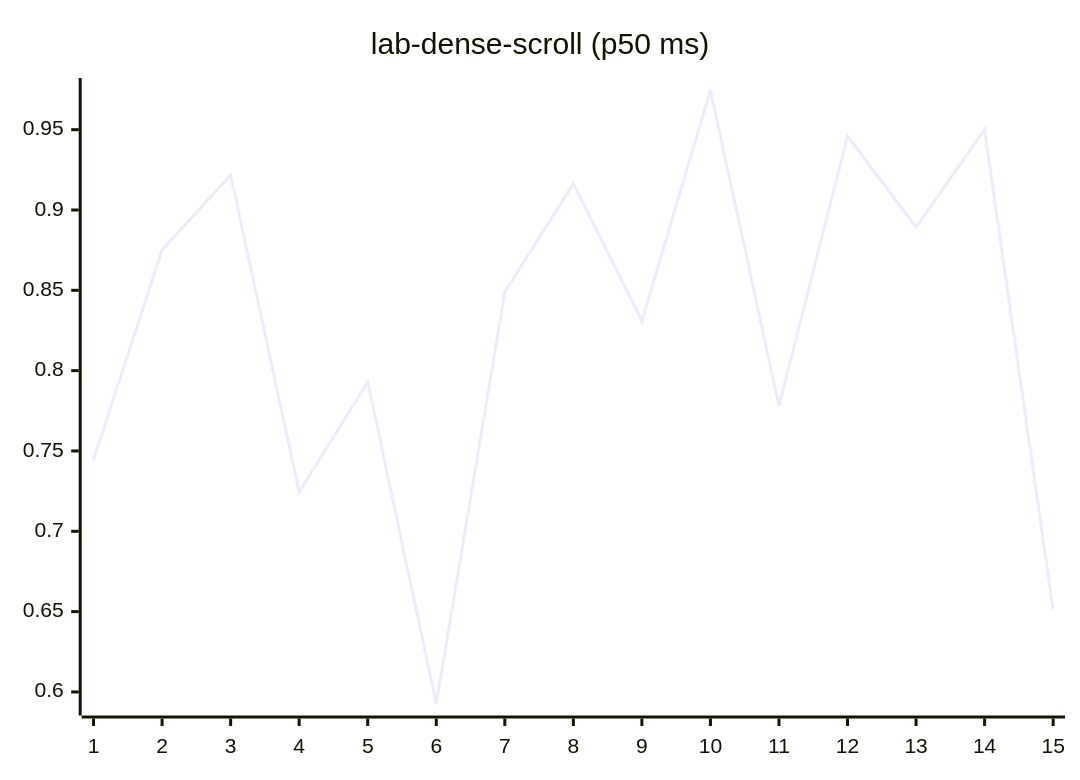
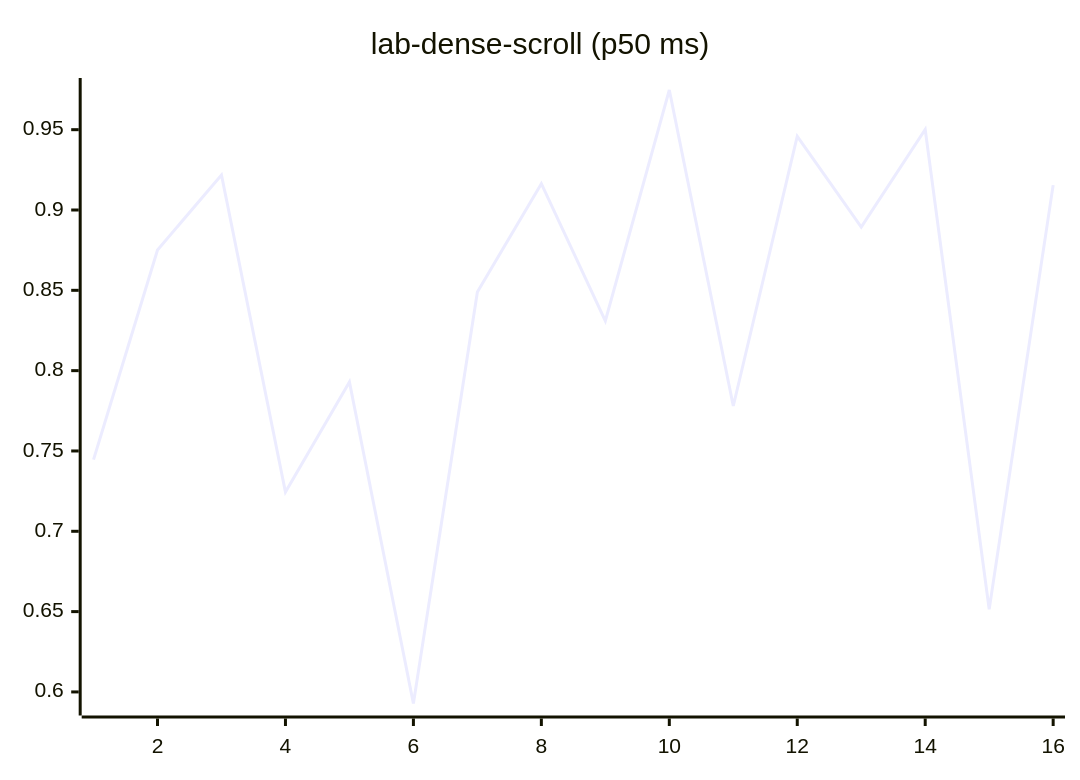
Diagram 12 of 27 in README.md (josha/Facet), drawn with Mermaid before and after one commit. The commit also changed other lines of this file and 2 other files, not shown here.

````diff
--- a/README.md
+++ b/README.md
@@ -140,6 +140,6 @@
 ```mermaid
 xychart-beta
     title "lab-dense-scroll (p50 ms)"
-    x-axis 1 --> 15
-    line [0.7446, 0.8751, 0.9218, 0.7244, 0.7929, 0.5928, 0.8489, 0.9164, 0.8310, 0.9747, 0.7780, 0.9459, 0.8894, 0.9501, 0.6514]
+    x-axis 1 --> 16
+    line [0.7446, 0.8751, 0.9218, 0.7244, 0.7929, 0.5928, 0.8489, 0.9164, 0.8310, 0.9747, 0.7780, 0.9459, 0.8894, 0.9501, 0.6514, 0.9155]
 ```
````
